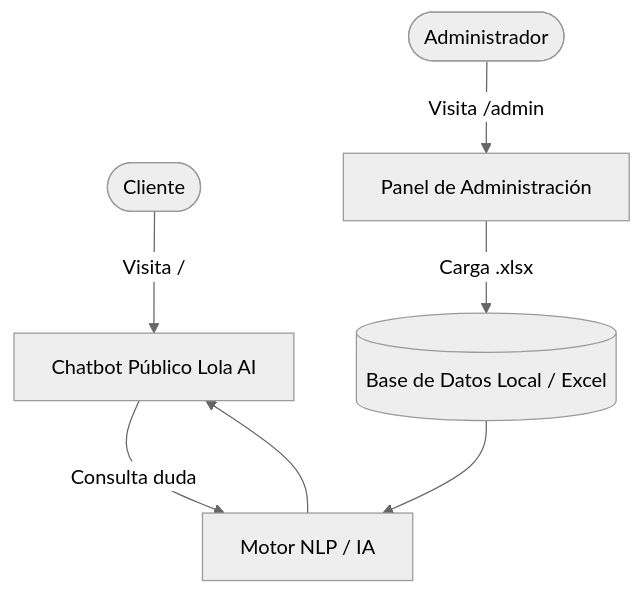
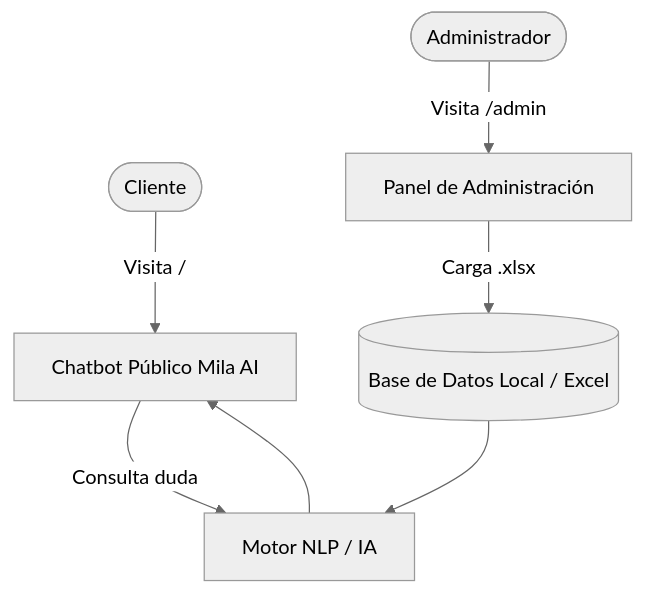
Before and after one commit to devjair006/cute-bot: the diagram in DOCUMENTACION.md, drawn with Mermaid (neutral theme). The commit also changed other lines of this file and 7 other files, not shown here.

````diff
--- a/DOCUMENTACION.md
+++ b/DOCUMENTACION.md
@@ -29,9 +29,9 @@
 ```mermaid
 graph TD
-    User([Cliente]) -->|Visita /| PublicChat[Chatbot Público Lola AI]
+    User([Cliente]) -->|Visita /| PublicChat[Chatbot Público Mila AI]
     PublicChat -->|Consulta duda| Engine[Motor NLP / IA]
     Admin([Administrador]) -->|Visita /admin| AdminPanel[Panel de Administración]
     AdminPanel -->|Carga .xlsx| LocalStorage[(Base de Datos Local / Excel)]
     LocalStorage --> Engine
     Engine --> PublicChat
 ```
````
